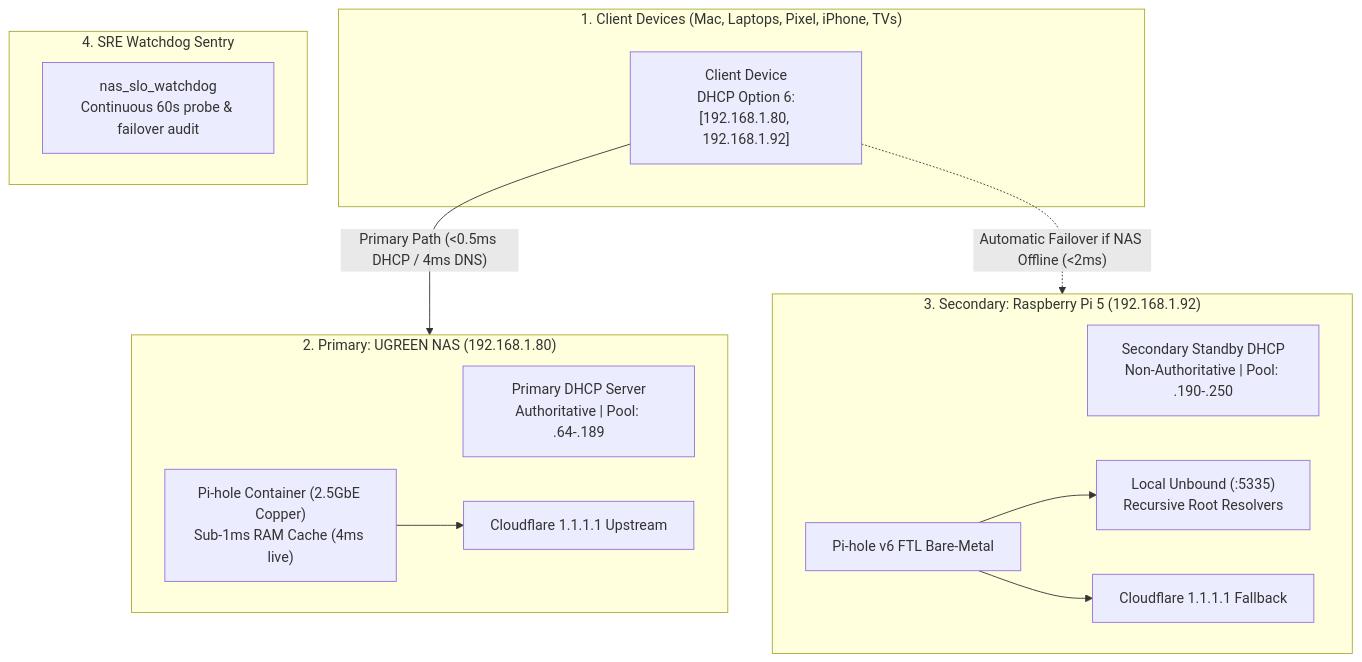
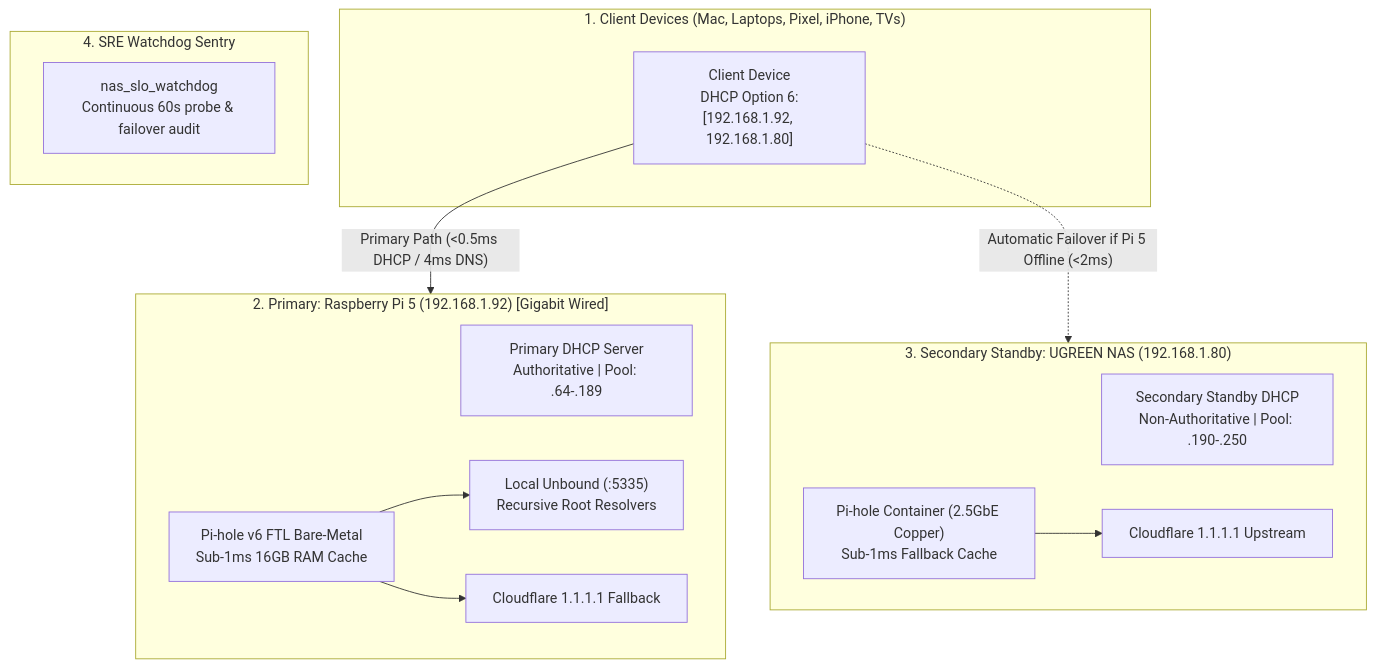
The diagram in raspberrypi/pihole/README.md (deepshah08/Learning), drawn with Mermaid before and after one commit. The commit also changed other lines of this file and 3 other files, not shown here.

Commit message:
docs(net): update HA topology - promote Pi 5 wired to Primary, NAS to Secondary Standby

````diff
--- a/raspberrypi/pihole/README.md
+++ b/raspberrypi/pihole/README.md
@@ -15,28 +14,28 @@
 ```mermaid
 flowchart TD
     subgraph ClientLayer["1. Client Devices (Mac, Laptops, Pixel, iPhone, TVs)"]
-        Client["Client Device\nDHCP Option 6:\n[192.168.1.80, 192.168.1.92]"]
+        Client["Client Device\nDHCP Option 6:\n[192.168.1.92, 192.168.1.80]"]
     end
 
-    subgraph PrimaryDNS["2. Primary: UGREEN NAS (192.168.1.80)"]
-        NAS_DHCP["Primary DHCP Server\nAuthoritative | Pool: .64-.189"]
-        NAS_DNS["Pi-hole Container (2.5GbE Copper)\nSub-1ms RAM Cache (4ms live)"]
-        NAS_CF["Cloudflare 1.1.1.1 Upstream"]
-        NAS_DNS --> NAS_CF
-    end
-
-    subgraph SecondaryDNS["3. Secondary: Raspberry Pi 5 (192.168.1.92)"]
-        Pi5_DHCP["Secondary Standby DHCP\nNon-Authoritative | Pool: .190-.250"]
-        Pi5_DNS["Pi-hole v6 FTL Bare-Metal"]
+    subgraph PrimaryDNS["2. Primary: Raspberry Pi 5 (192.168.1.92) [Gigabit Wired]"]
+        Pi5_DHCP["Primary DHCP Server\nAuthoritative | Pool: .64-.189"]
+        Pi5_DNS["Pi-hole v6 FTL Bare-Metal\nSub-1ms 16GB RAM Cache"]
         Unbound["Local Unbound (:5335)\nRecursive Root Resolvers"]
         Pi5_CF["Cloudflare 1.1.1.1 Fallback"]
         Pi5_DNS --> Unbound & Pi5_CF
+    end
+
+    subgraph SecondaryDNS["3. Secondary Standby: UGREEN NAS (192.168.1.80)"]
+        NAS_DHCP["Secondary Standby DHCP\nNon-Authoritative | Pool: .190-.250"]
+        NAS_DNS["Pi-hole Container (2.5GbE Copper)\nSub-1ms Fallback Cache"]
+        NAS_CF["Cloudflare 1.1.1.1 Upstream"]
+        NAS_DNS --> NAS_CF
     end
 
     subgraph Sentry["4. SRE Watchdog Sentry"]
         Watchdog["nas_slo_watchdog\nContinuous 60s probe & failover audit"]
     end
 
     Client -->|"Primary Path (<0.5ms DHCP / 4ms DNS)"| PrimaryDNS
-    Client -.->|"Automatic Failover if NAS Offline (<2ms)"| SecondaryDNS
+    Client -.->|"Automatic Failover if Pi 5 Offline (<2ms)"| SecondaryDNS
 ```
````
